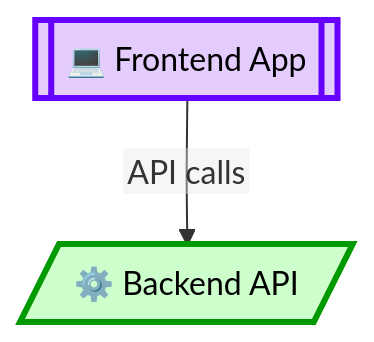
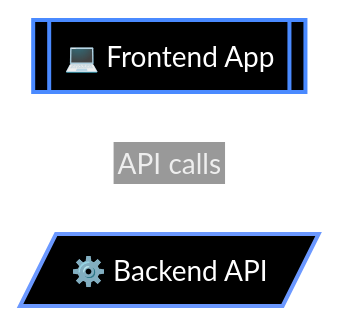
The diagram in calm-widgets/test-fixtures/block-architecture-widget/theme-high-contrast/expected.md (finos/architecture-as-code), drawn with Mermaid before and after one commit. The commit also changed 18 other files, not shown here.

````diff
--- a/calm-widgets/test-fixtures/block-architecture-widget/theme-high-contrast/expected.md
+++ b/calm-widgets/test-fixtures/block-architecture-widget/theme-high-contrast/expected.md
@@ -2,23 +2,33 @@
 ```mermaid
+---
+config:
+  theme: base
+  themeVariables:
+    fontFamily: -apple-system, BlinkMacSystemFont, 'Segoe WPC', 'Segoe UI', system-ui, 'Ubuntu', sans-serif
+    darkMode: true
+    fontSize: 14px
+    edgeLabelBackground: '#353535'
+    lineColor: '#ffffff'
+---
 %%{init: {"flowchart": {"htmlLabels": false}}}%%
 flowchart TB
-classDef boundary fill:#ffffff,stroke:#000000,stroke-dasharray: 5 4,stroke-width:3px,color:#000;
-classDef node fill:#ffffff,stroke:#000000,stroke-width:2px,color:#000;
-classDef iface fill:#e0e0e0,stroke:#000000,stroke-width:2px,font-size:10px,color:#000;
-classDef highlight fill:#ffff00,stroke:#000000,stroke-width:3px,color:#000;
-classDef actor fill:#cce5ff,stroke:#0000ff,stroke-width:3px,color:#000;
-classDef database fill:#ffe5cc,stroke:#ff6600,stroke-width:3px,color:#000;
-classDef webclient fill:#e5ccff,stroke:#6600ff,stroke-width:3px,color:#000;
-classDef service fill:#ccffcc,stroke:#009900,stroke-width:3px,color:#000;
-classDef messagebus fill:#ffccee,stroke:#cc0066,stroke-width:3px,color:#000;
-classDef system fill:#ffffcc,stroke:#cc9900,stroke-width:3px,color:#000;
+classDef boundary fill:#1e1e1e,stroke:#9cb4ff,stroke-dasharray: 5 4,stroke-width:2px,color:#ffffff;
+classDef node fill:#000000,stroke:#007dff,stroke-width:2px,color:#ffffff;
+classDef iface fill:#0f111c,stroke:#8a8b91,stroke-width:2px,font-size:10px,color:#ffffff;
+classDef highlight fill:#2f2719,stroke:#f0c060,stroke-width:2px,color:#ffffff;
+classDef actor fill:#000000,stroke:#007dff,stroke-width:2px,color:#ffffff;
+classDef database fill:#000000,stroke:#85a6ff,stroke-width:2px,color:#ffffff;
+classDef webclient fill:#000000,stroke:#4a8aff,stroke-width:2px,color:#ffffff;
+classDef service fill:#000000,stroke:#6b98ff,stroke-width:2px,color:#ffffff;
+classDef messagebus fill:#000000,stroke:#6b98ff,stroke-width:2px,color:#ffffff;
+classDef system fill:#000000,stroke:#9cb4ff,stroke-width:2px,color:#ffffff;
 
 
     backend[/"⚙️ Backend API"/]:::service
     frontend[[💻 Frontend App]]:::webclient
 
     frontend -->|API calls| backend
 
 
 
 ```
````
